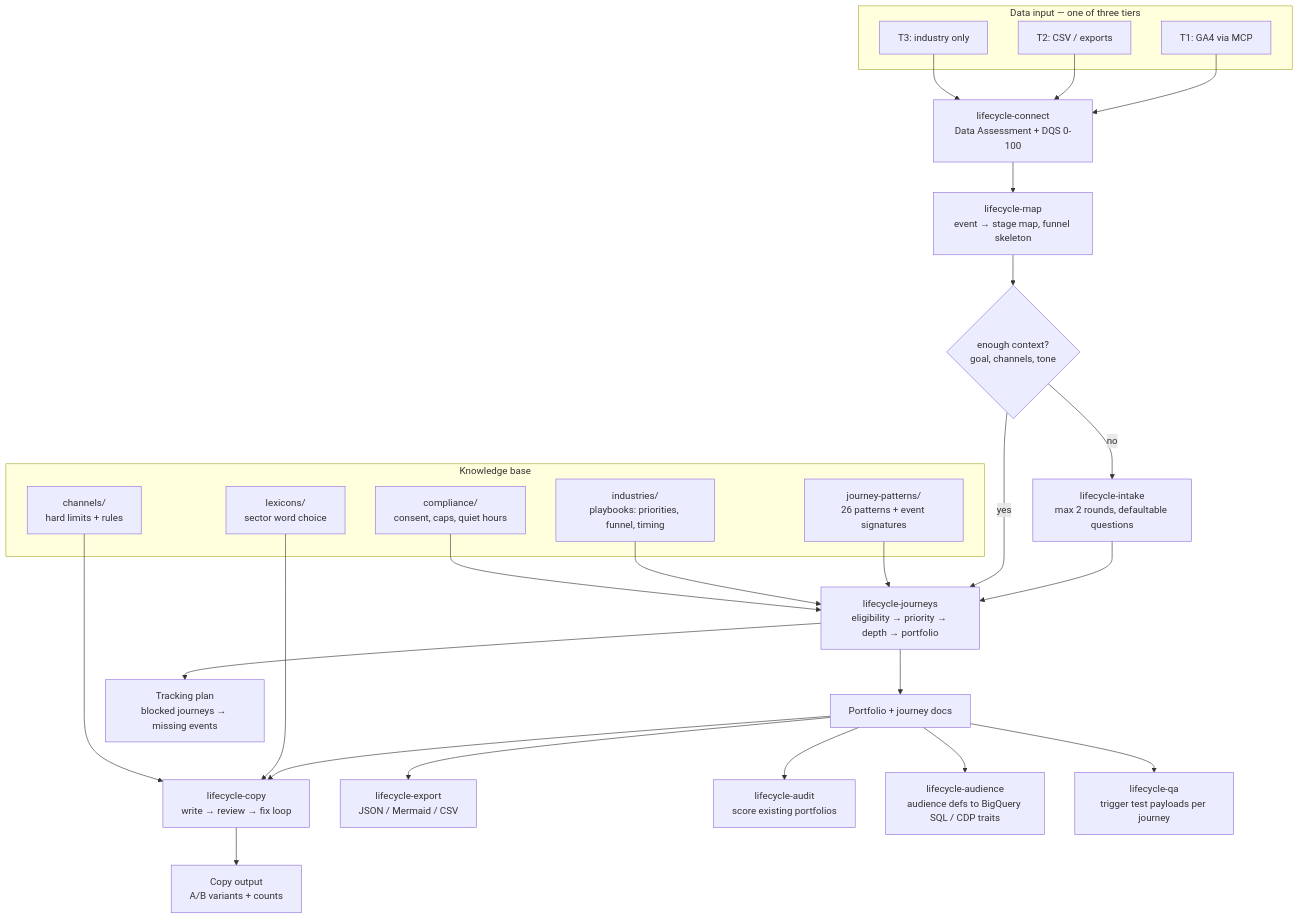
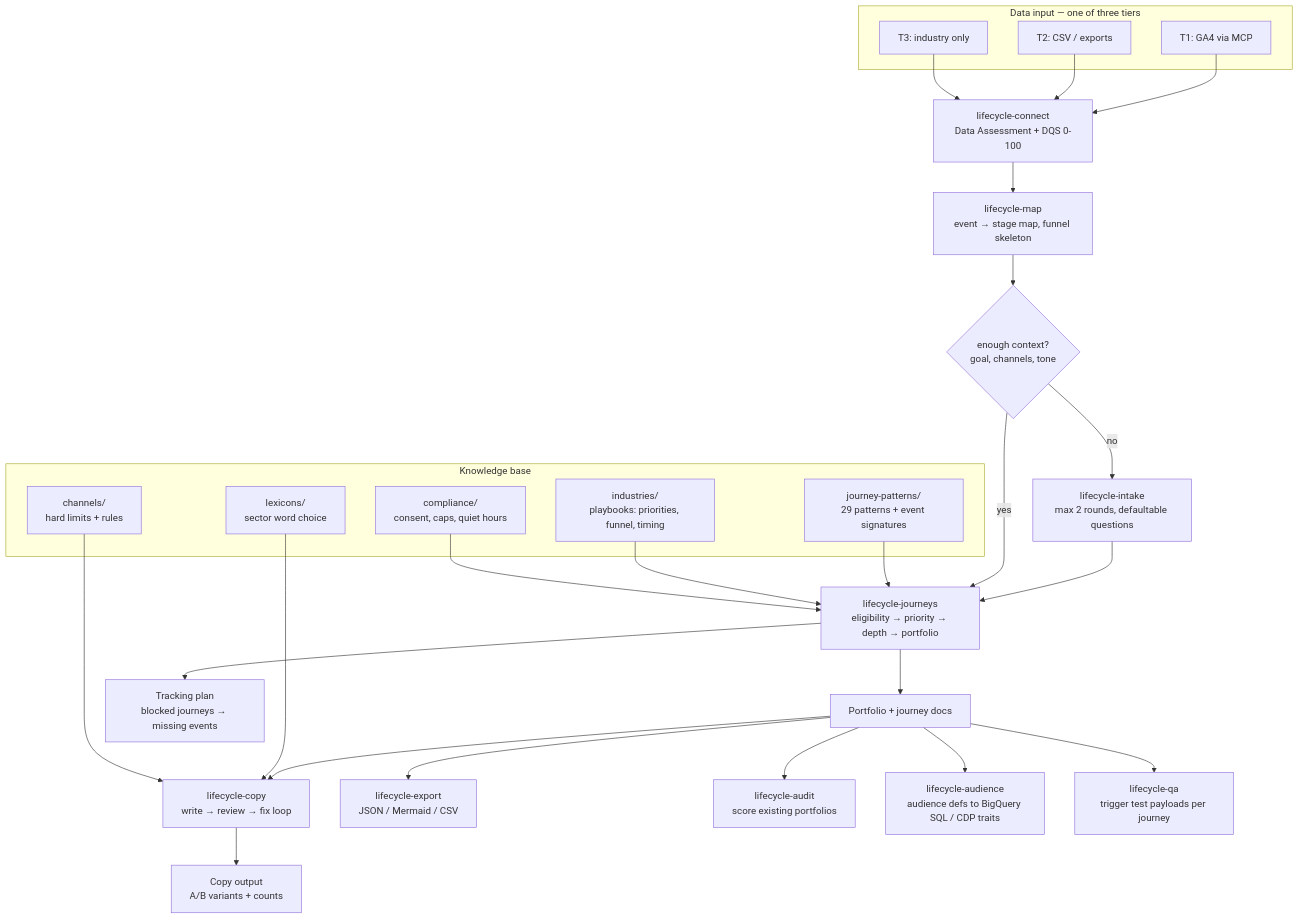
The diagram in docs/architecture.md (ali-demirbas/claude-lifecycle), drawn with Mermaid before and after one commit. The commit also changed 215 other files, not shown here.

First line of the commit message:
0.3.0 (unreleased): schema 2.0 journeys with computed timing, frequency and exits

````diff
--- a/docs/architecture.md
+++ b/docs/architecture.md
@@ -7,44 +7,44 @@
 ```mermaid
 flowchart TD
     subgraph input [Data input — one of three tiers]
         GA4[T1: GA4 via MCP]
         CSV[T2: CSV / exports]
         IND[T3: industry only]
     end
 
     GA4 --> CONNECT
     CSV --> CONNECT
     IND --> CONNECT
 
     CONNECT[lifecycle-connect\nData Assessment + DQS 0-100] --> MAP[lifecycle-map\nevent → stage map, funnel skeleton]
     MAP --> GATE{enough context?\ngoal, channels, tone}
     GATE -- no --> INTAKE[lifecycle-intake\nmax 2 rounds, defaultable questions]
     INTAKE --> ENGINE
     GATE -- yes --> ENGINE
 
     subgraph knowledge [Knowledge base]
-        PAT[journey-patterns/\n26 patterns + event signatures]
+        PAT[journey-patterns/\n29 patterns + event signatures]
         PLAY[industries/\nplaybooks: priorities, funnel, timing]
         LEX[lexicons/\nsector word choice]
         CHAN[channels/\nhard limits + rules]
         COMP[compliance/\nconsent, caps, quiet hours]
     end
 
     ENGINE[lifecycle-journeys\neligibility → priority → depth → portfolio]
     PAT --> ENGINE
     PLAY --> ENGINE
     COMP --> ENGINE
 
     ENGINE --> PORT[Portfolio + journey docs]
     ENGINE --> TRACK[Tracking plan\nblocked journeys → missing events]
 
     PORT --> COPY[lifecycle-copy\nwrite → review → fix loop]
     LEX --> COPY
     CHAN --> COPY
     COPY --> OUT[Copy output\nA/B variants + counts]
 
     PORT --> EXPORT[lifecycle-export\nJSON / Mermaid / CSV]
     PORT --> AUDIT[lifecycle-audit\nscore existing portfolios]
     PORT --> AUDIENCE[lifecycle-audience\naudience defs to BigQuery SQL / CDP traits]
     PORT --> QA[lifecycle-qa\ntrigger test payloads per journey]
 ```
````
